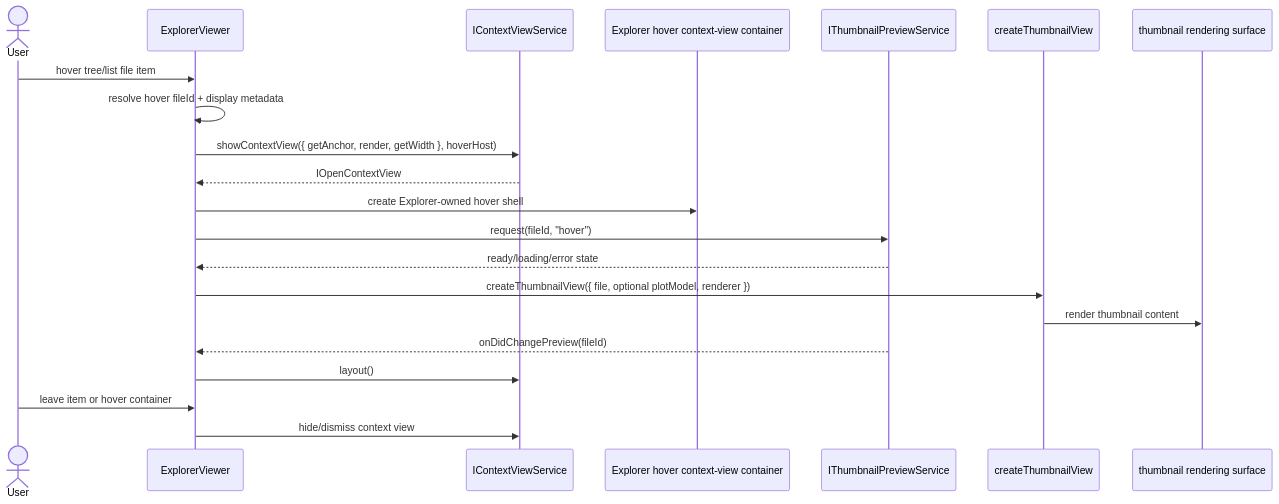
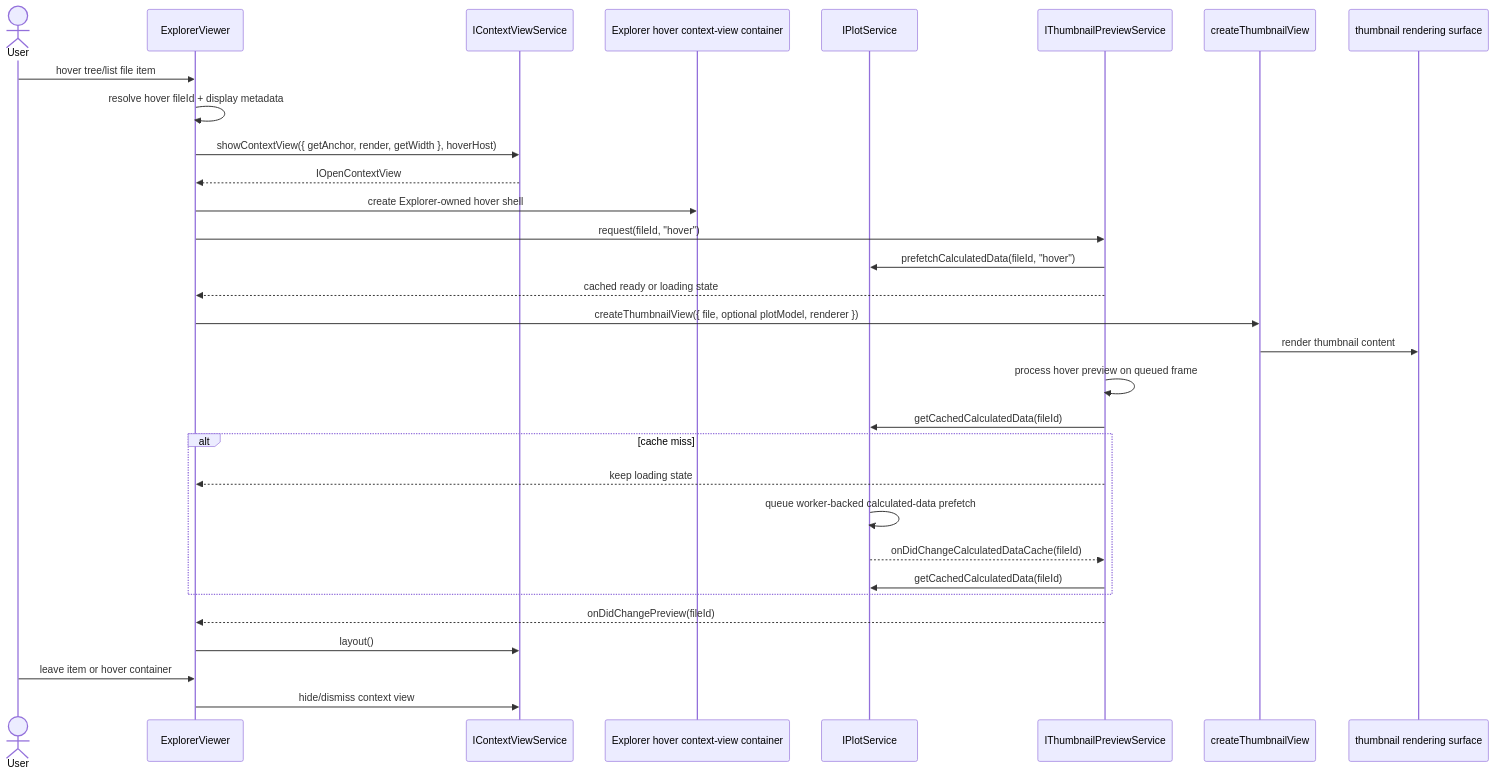
One commit to chogng/conductor changed the sixth of 6 diagrams in .github/instructions/thumbnail.instructions.md. Above: the diagram before and after it, drawn with Mermaid. The commit also changed other lines of this file and 42 other files, not shown here.

````diff
--- a/.github/instructions/thumbnail.instructions.md
+++ b/.github/instructions/thumbnail.instructions.md
@@ -190,24 +210,34 @@
 ```mermaid
 sequenceDiagram
     actor User
     participant ExplorerViewer
     participant ContextViewService as IContextViewService
     participant HoverContainer as Explorer hover context-view container
+    participant Plot as IPlotService
     participant ThumbnailPreviewService as IThumbnailPreviewService
     participant ThumbnailView as createThumbnailView
     participant ThumbnailRenderer as thumbnail rendering surface
 
     User->>ExplorerViewer: hover tree/list file item
     ExplorerViewer->>ExplorerViewer: resolve hover fileId + display metadata
     ExplorerViewer->>ContextViewService: showContextView({ getAnchor, render, getWidth }, hoverHost)
     ContextViewService-->>ExplorerViewer: IOpenContextView
     ExplorerViewer->>HoverContainer: create Explorer-owned hover shell
     ExplorerViewer->>ThumbnailPreviewService: request(fileId, "hover")
-    ThumbnailPreviewService-->>ExplorerViewer: ready/loading/error state
+    ThumbnailPreviewService->>Plot: prefetchCalculatedData(fileId, "hover")
+    ThumbnailPreviewService-->>ExplorerViewer: cached ready or loading state
     ExplorerViewer->>ThumbnailView: createThumbnailView({ file, optional plotModel, renderer })
     ThumbnailView->>ThumbnailRenderer: render thumbnail content
+    ThumbnailPreviewService->>ThumbnailPreviewService: process hover preview on queued frame
+    ThumbnailPreviewService->>Plot: getCachedCalculatedData(fileId)
+    alt cache miss
+        ThumbnailPreviewService-->>ExplorerViewer: keep loading state
+        Plot->>Plot: queue worker-backed calculated-data prefetch
+        Plot-->>ThumbnailPreviewService: onDidChangeCalculatedDataCache(fileId)
+        ThumbnailPreviewService->>Plot: getCachedCalculatedData(fileId)
+    end
     ThumbnailPreviewService-->>ExplorerViewer: onDidChangePreview(fileId)
     ExplorerViewer->>ContextViewService: layout()
     User->>ExplorerViewer: leave item or hover container
     ExplorerViewer->>ContextViewService: hide/dismiss context view
 ```
````
